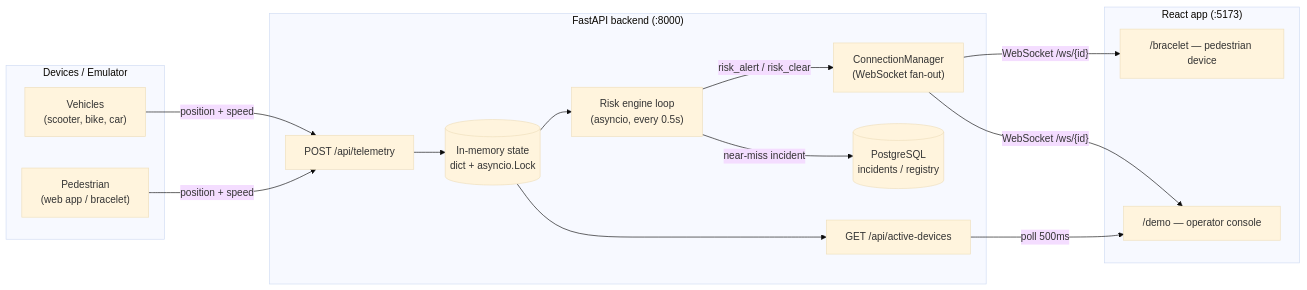
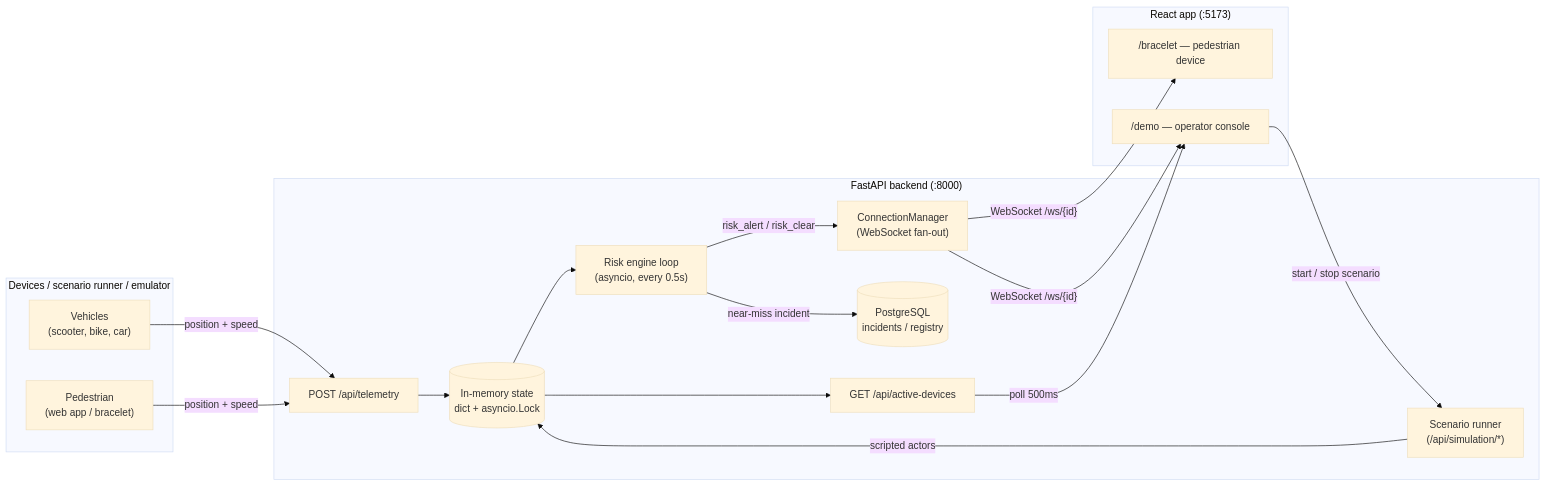
Before and after one commit to SonikLvl/hackathon_future_in_action_2026: the first of 3 diagrams in docs/ARCHITECTURE.md, drawn with Mermaid (base theme). The commit also changed other lines of this file and 3 other files, not shown here.

Commit message:
docs: update for scenario runner + radar and expand risk-engine rationale

````diff
--- a/docs/ARCHITECTURE.md
+++ b/docs/ARCHITECTURE.md
@@ -14,32 +15,35 @@
 ```mermaid
 flowchart LR
-    subgraph Sources["Devices / Emulator"]
+    subgraph Sources["Devices / scenario runner / emulator"]
         V["Vehicles<br/>(scooter, bike, car)"]
         P["Pedestrian<br/>(web app / bracelet)"]
     end
 
     subgraph Backend["FastAPI backend (:8000)"]
         API["POST /api/telemetry"]
+        SIM["Scenario runner<br/>(/api/simulation/*)"]
         STATE[("In-memory state<br/>dict + asyncio.Lock")]
         RE["Risk engine loop<br/>(asyncio, every 0.5s)"]
         CM["ConnectionManager<br/>(WebSocket fan-out)"]
         SNAP["GET /api/active-devices"]
         DB[("PostgreSQL<br/>incidents / registry")]
     end
 
     subgraph Frontend["React app (:5173)"]
         CONSOLE["/demo — operator console"]
         BRACELET["/bracelet — pedestrian device"]
     end
 
     V -- "position + speed" --> API
     P -- "position + speed" --> API
     API --> STATE
+    SIM -- "scripted actors" --> STATE
+    CONSOLE -- "start / stop scenario" --> SIM
     STATE --> RE
     RE -- "risk_alert / risk_clear" --> CM
     RE -- "near-miss incident" --> DB
     CM -- "WebSocket /ws/{id}" --> BRACELET
     CM -- "WebSocket /ws/{id}" --> CONSOLE
     STATE --> SNAP
     SNAP -- "poll 500ms" --> CONSOLE
 ```
````
